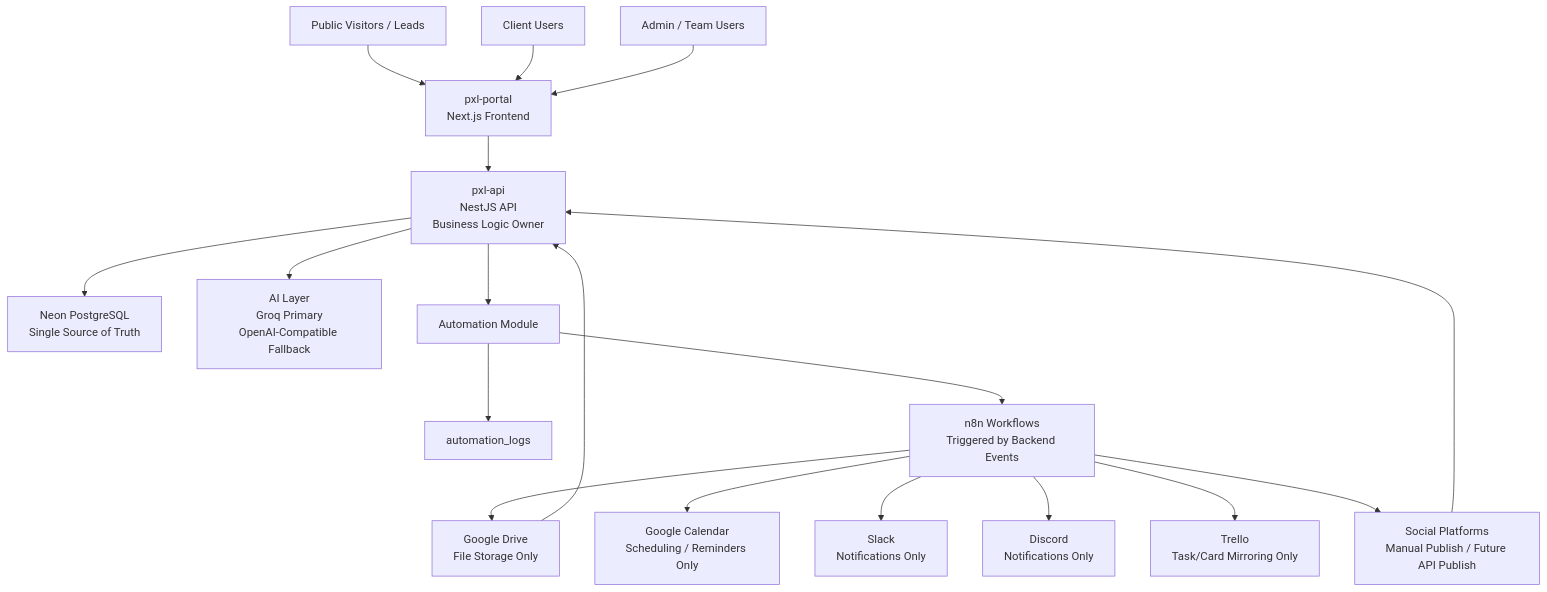
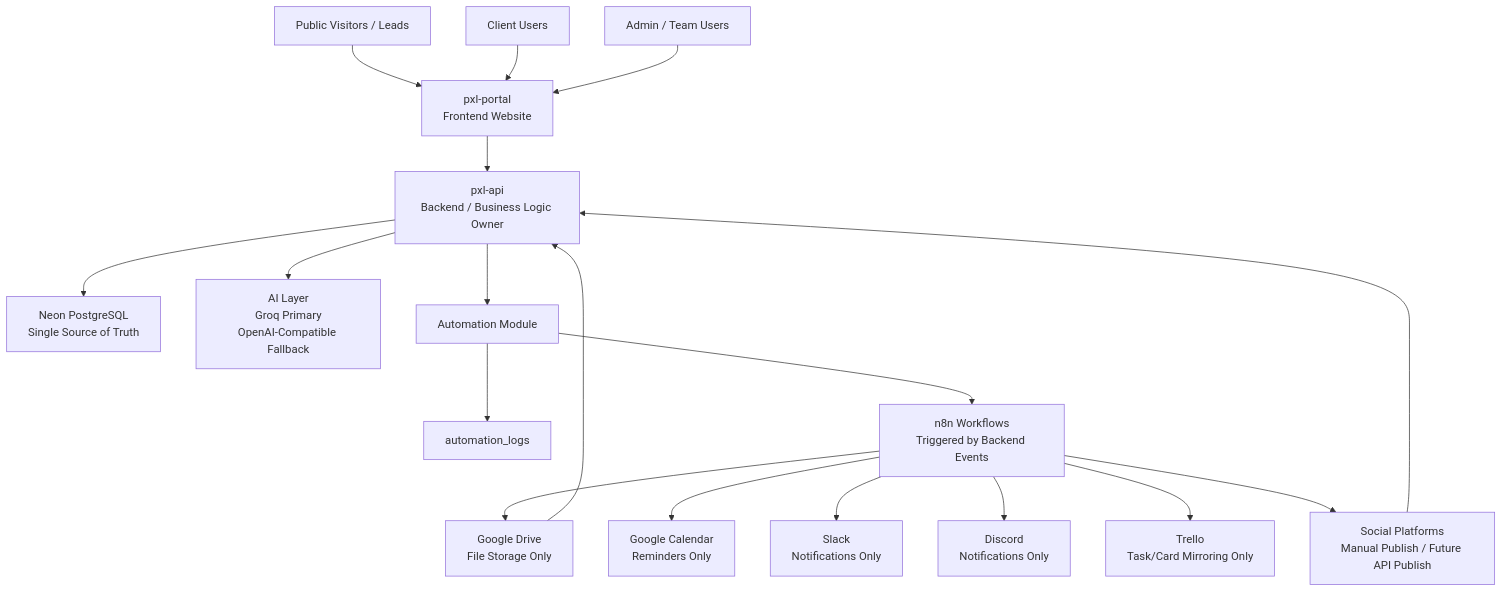
Before and after one commit to pxl-lgp/.github: the first of 5 diagrams in profile/README.md, drawn with Mermaid. The commit also changed other lines of this file, not shown here.

Commit message:
Revise README.md to clarify PXL Automation's purpose, enhance workflow descriptions, and improve overall structure and readability

````diff
--- a/profile/README.md
+++ b/profile/README.md
@@ -41,24 +74,24 @@
 ```mermaid
 flowchart TB
-  Public["Public Visitors / Leads"] --> Portal["pxl-portal<br/>Next.js Frontend"]
+  Public["Public Visitors / Leads"] --> Portal["pxl-portal<br/>Frontend Website"]
   Client["Client Users"] --> Portal
   Team["Admin / Team Users"] --> Portal
 
-  Portal --> API["pxl-api<br/>NestJS API<br/>Business Logic Owner"]
+  Portal --> API["pxl-api<br/>Backend / Business Logic Owner"]
   API --> DB["Neon PostgreSQL<br/>Single Source of Truth"]
 
   API --> AI["AI Layer<br/>Groq Primary<br/>OpenAI-Compatible Fallback"]
   API --> Automation["Automation Module"]
   Automation --> Logs["automation_logs"]
   Automation --> N8N["n8n Workflows<br/>Triggered by Backend Events"]
 
   N8N --> Drive["Google Drive<br/>File Storage Only"]
-  N8N --> Calendar["Google Calendar<br/>Scheduling / Reminders Only"]
+  N8N --> Calendar["Google Calendar<br/>Reminders Only"]
   N8N --> Slack["Slack<br/>Notifications Only"]
   N8N --> Discord["Discord<br/>Notifications Only"]
   N8N --> Trello["Trello<br/>Task/Card Mirroring Only"]
   N8N --> Social["Social Platforms<br/>Manual Publish / Future API Publish"]
 
   Drive --> API
   Social --> API
 ```
````
